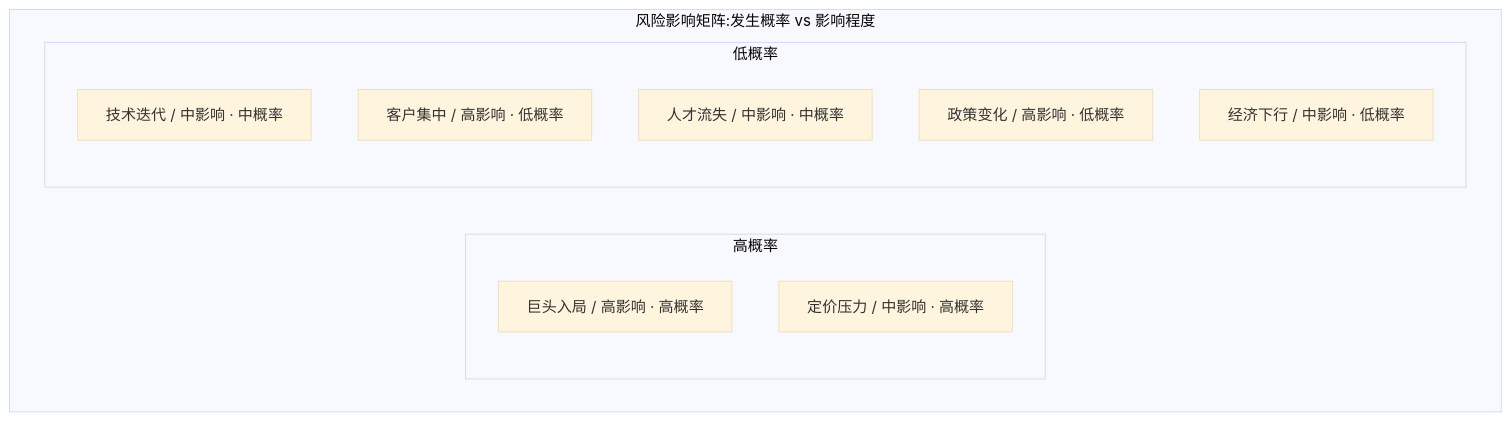
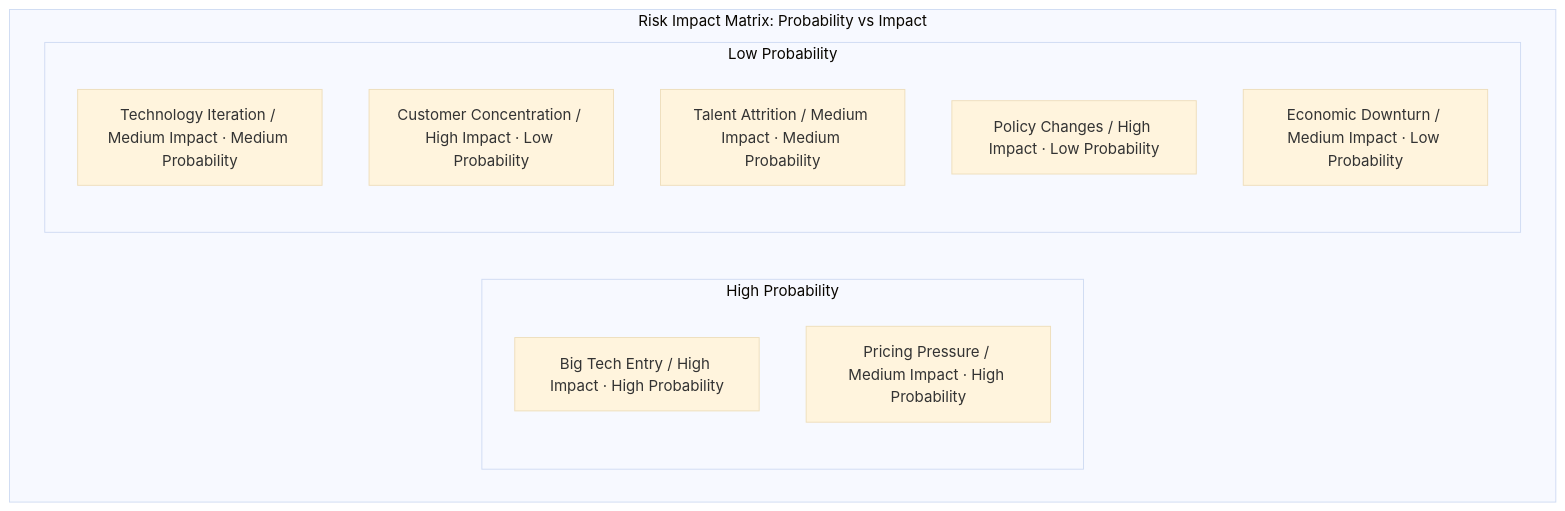
Before and after one commit to Kirky-X/cangjie: diagram 14 of 15 in templates/【模板】商业模式文档.md, drawn with Mermaid (base theme). The commit also changed other lines of this file and 60 other files, not shown here.

````diff
--- a/templates/【模板】商业模式文档.md
+++ b/templates/【模板】商业模式文档.md
@@ -573,16 +573,16 @@
 ```mermaid
 graph TB
-    subgraph risk[风险影响矩阵:发生概率 vs 影响程度]
-        subgraph high[高概率]
-            GI[巨头入局 / 高影响 · 高概率]
-            DP[定价压力 / 中影响 · 高概率]
+    subgraph risk[Risk Impact Matrix: Probability vs Impact]
+        subgraph high[High Probability]
+            GI[Big Tech Entry / High Impact · High Probability]
+            DP[Pricing Pressure / Medium Impact · High Probability]
         end
-        subgraph low[低概率]
-            TI[技术迭代 / 中影响 · 中概率]
-            CC[客户集中 / 高影响 · 低概率]
-            TL[人才流失 / 中影响 · 中概率]
-            PC[政策变化 / 高影响 · 低概率]
-            ED[经济下行 / 中影响 · 低概率]
+        subgraph low[Low Probability]
+            TI[Technology Iteration / Medium Impact · Medium Probability]
+            CC[Customer Concentration / High Impact · Low Probability]
+            TL[Talent Attrition / Medium Impact · Medium Probability]
+            PC[Policy Changes / High Impact · Low Probability]
+            ED[Economic Downturn / Medium Impact · Low Probability]
         end
     end
 ```
````
